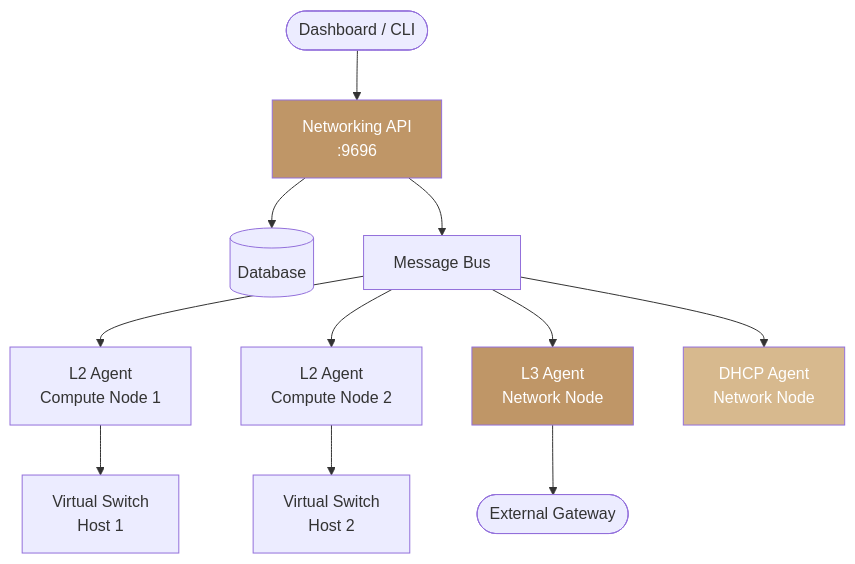
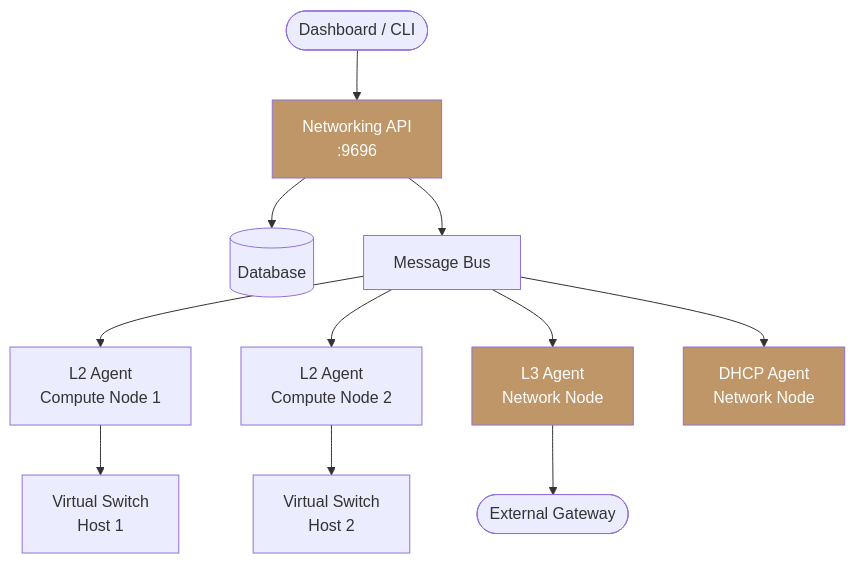
Before and after one commit to ankur-kumar87/docs-polystack: the diagram in services/networking/admin-guide.mdx, drawn with Mermaid. The commit also changed other lines of this file and 186 other files, not shown here.

````diff
--- a/services/networking/admin-guide.mdx
+++ b/services/networking/admin-guide.mdx
@@ -100,16 +100,16 @@
 ```mermaid
 graph TD
     U([Dashboard / CLI]) --> API[Networking API<br/>:9696]
     API --> DB[(Database)]
     API --> MQ[Message Bus]
     MQ --> L2A1[L2 Agent<br/>Compute Node 1]
     MQ --> L2A2[L2 Agent<br/>Compute Node 2]
     MQ --> L3A[L3 Agent<br/>Network Node]
     MQ --> DHCP[DHCP Agent<br/>Network Node]
     L3A --> GW([External Gateway])
     L2A1 --> VS1[Virtual Switch<br/>Host 1]
     L2A2 --> VS2[Virtual Switch<br/>Host 2]
     style API fill:#bf9667,color:#fff
     style L3A fill:#bf9667,color:#fff
-    style DHCP fill:#d7b98e,color:#fff
+    style DHCP fill:#bf9667,color:#fff
 ```
````
